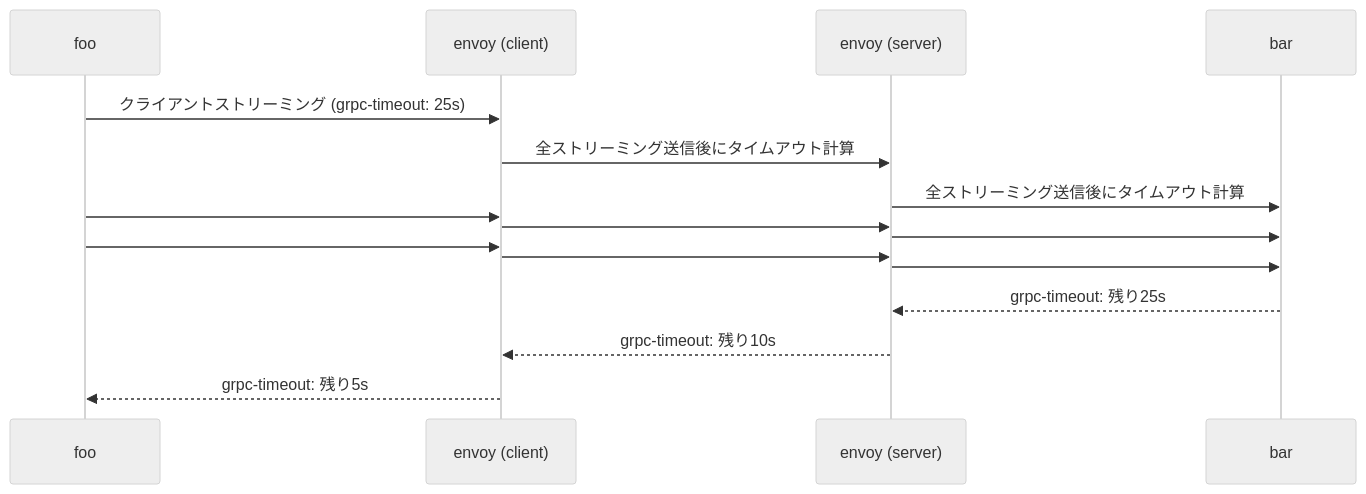
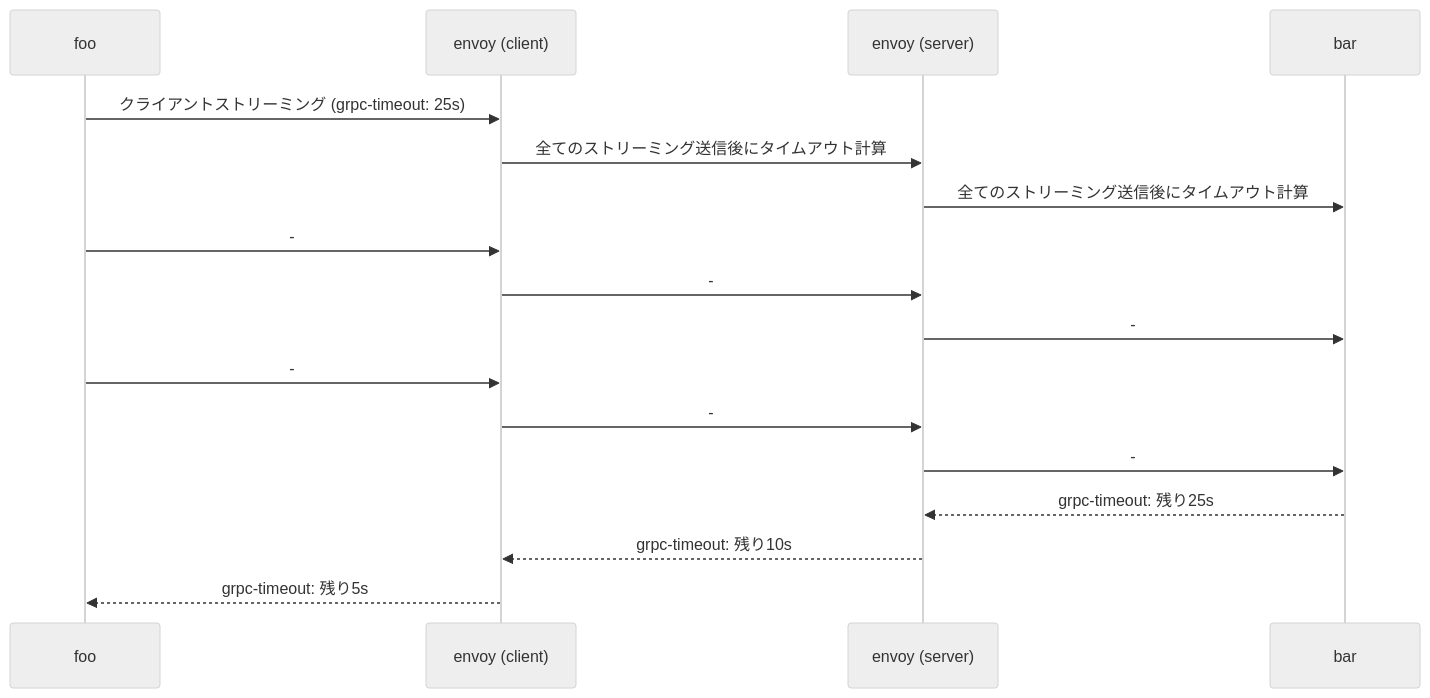
One commit to hiroki-it/tech-notebook changed the first of 2 diagrams in docs/software/software_middleware_service_mesh_envoy_envoy_yaml.md. Above: the diagram before and after it, drawn with Mermaid (neutral theme). The commit also changed other lines of this file, not shown here.

Commit message:
update ノートを更新した。

````diff
--- a/docs/software/software_middleware_service_mesh_envoy_envoy_yaml.md
+++ b/docs/software/software_middleware_service_mesh_envoy_envoy_yaml.md
@@ -343,21 +343,21 @@
 ```mermaid
 sequenceDiagram
 
     foo->>envoy (client): クライアントストリーミング (grpc-timeout: 25s)
-    envoy (client)->>envoy (server): 全ストリーミング送信後にタイムアウト計算
-    envoy (server)->>bar: 全ストリーミング送信後にタイムアウト計算
+    envoy (client)->>envoy (server): 全てのストリーミング送信後にタイムアウト計算
+    envoy (server)->>bar: 全てのストリーミング送信後にタイムアウト計算
 
-    foo->>envoy (client):
-    envoy (client)->>envoy (server):
-    envoy (server)->>bar:
+    foo->>envoy (client): -
+    envoy (client)->>envoy (server): -
+    envoy (server)->>bar: -
 
-    foo->>envoy (client):
-    envoy (client)->>envoy (server):
-    envoy (server)->>bar:
+    foo->>envoy (client): -
+    envoy (client)->>envoy (server): -
+    envoy (server)->>bar: -
 
     bar-->>envoy (server): grpc-timeout: 残り25s
 
     envoy (server)-->>envoy (client): grpc-timeout: 残り10s
 
     envoy (client)-->>foo: grpc-timeout: 残り5s
 ```
````
